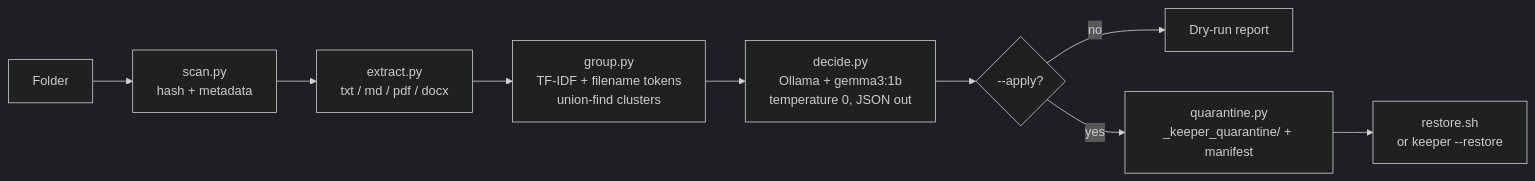
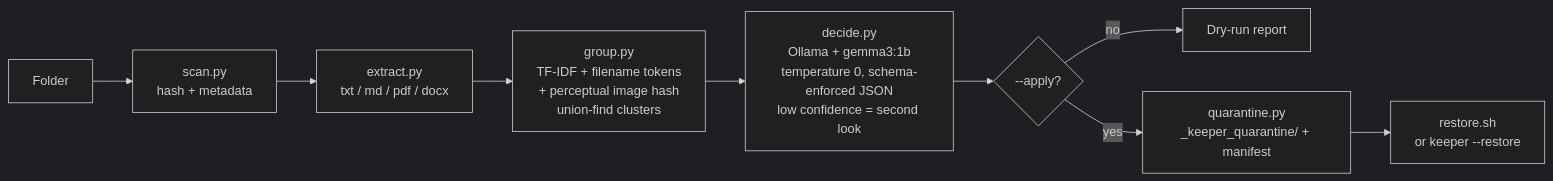
The diagram in README.md (atif-1402/keeper), drawn with Mermaid (dark theme) before and after one commit. The commit also changed other lines of this file and 4 other files, not shown here.

````diff
--- a/README.md
+++ b/README.md
@@ -56,11 +58,11 @@
 ```mermaid
 flowchart LR
     A[Folder] --> B[scan.py\nhash + metadata]
     B --> C[extract.py\ntxt / md / pdf / docx]
-    C --> D[group.py\nTF-IDF + filename tokens\nunion-find clusters]
-    D --> E[decide.py\nOllama + gemma3:1b\ntemperature 0, JSON out]
+    C --> D[group.py\nTF-IDF + filename tokens\n+ perceptual image hash\nunion-find clusters]
+    D --> E[decide.py\nOllama + gemma3:1b\ntemperature 0, schema-enforced JSON\nlow confidence = second look]
     E --> F{--apply?}
     F -->|no| G[Dry-run report]
     F -->|yes| H[quarantine.py\n_keeper_quarantine/ + manifest]
     H --> I[restore.sh\nor keeper --restore]
 ```
````
